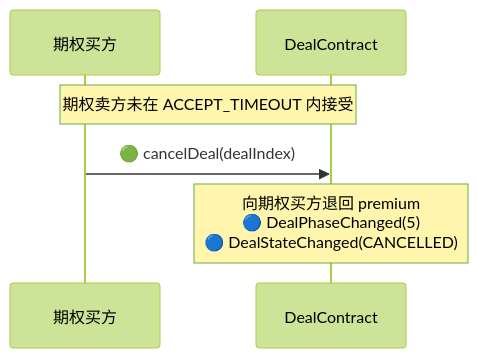
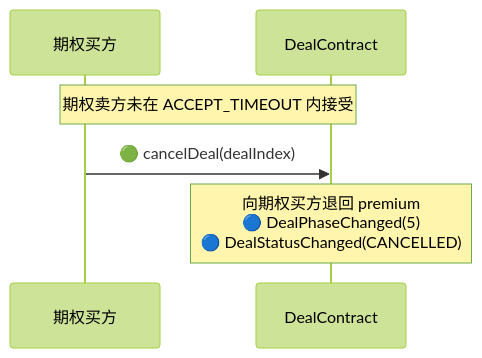
Before and after one commit to synctxai/synctx: the third of 7 diagrams in examples/european-option/european-option-design.md, drawn with Mermaid (forest theme). The commit also changed other lines of this file and 8 other files, not shown here.

First line of the commit message:
rename DealStateChanged to DealStatusChanged for consistency with DealStatus

````diff
--- a/examples/european-option/european-option-design.md
+++ b/examples/european-option/european-option-design.md
@@ -277,9 +277,9 @@
 ```mermaid
 sequenceDiagram
     participant H as 期权买方
     participant D as DealContract
 
     Note over H,D: 期权卖方未在 ACCEPT_TIMEOUT 内接受
     H->>D: 🟢 cancelDeal(dealIndex)
-    Note over D: 向期权买方退回 premium<br/>🔵 DealPhaseChanged(5)<br/>🔵 DealStateChanged(CANCELLED)
+    Note over D: 向期权买方退回 premium<br/>🔵 DealPhaseChanged(5)<br/>🔵 DealStatusChanged(CANCELLED)
 ```
````
